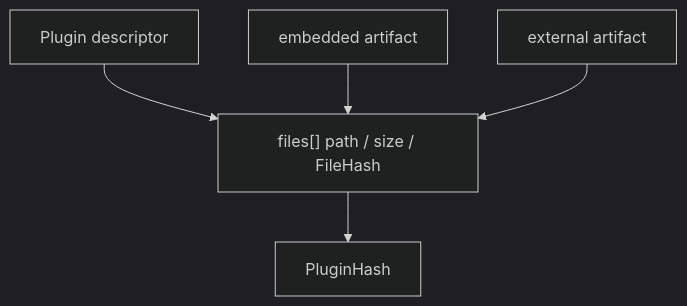
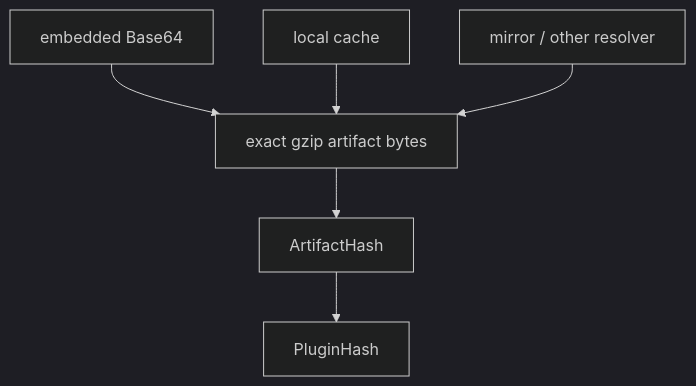
One commit to labourchain/core-plugins changed the second of 3 diagrams in docs/architecture.md. Above: the diagram before and after it, drawn with Mermaid (dark theme). The commit also changed other lines of this file and 16 other files, not shown here.

Commit message:
refactor: slim core.plugin to single-artifact runtime verification

````diff
--- a/docs/architecture.md
+++ b/docs/architecture.md
@@ -117,9 +92,9 @@
 ```mermaid
 flowchart TB
-    P["Plugin descriptor"]
-    P --> F["files[] path / size / FileHash"]
-    F --> H["PluginHash"]
+    A["exact gzip artifact bytes"] --> AH["ArtifactHash"]
+    AH --> PH["PluginHash"]
 
-    E["embedded artifact"] --> F
-    X["external artifact"] --> F
+    E["embedded Base64"] --> A
+    C["local cache"] --> A
+    M["mirror / other resolver"] --> A
 ```
````
